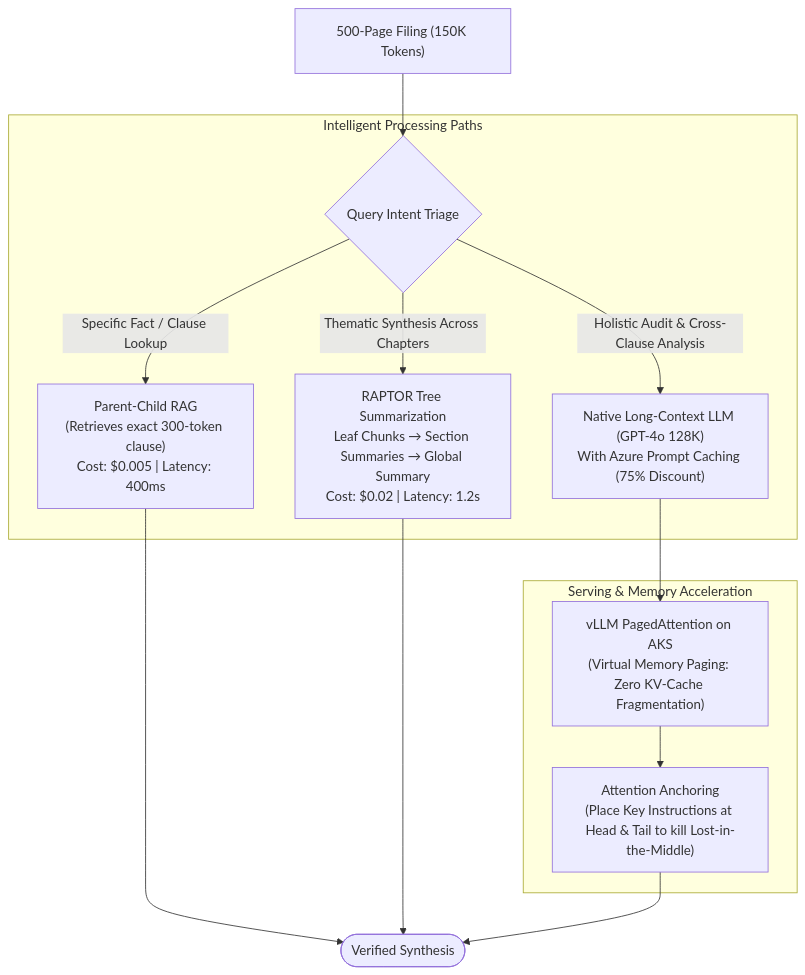
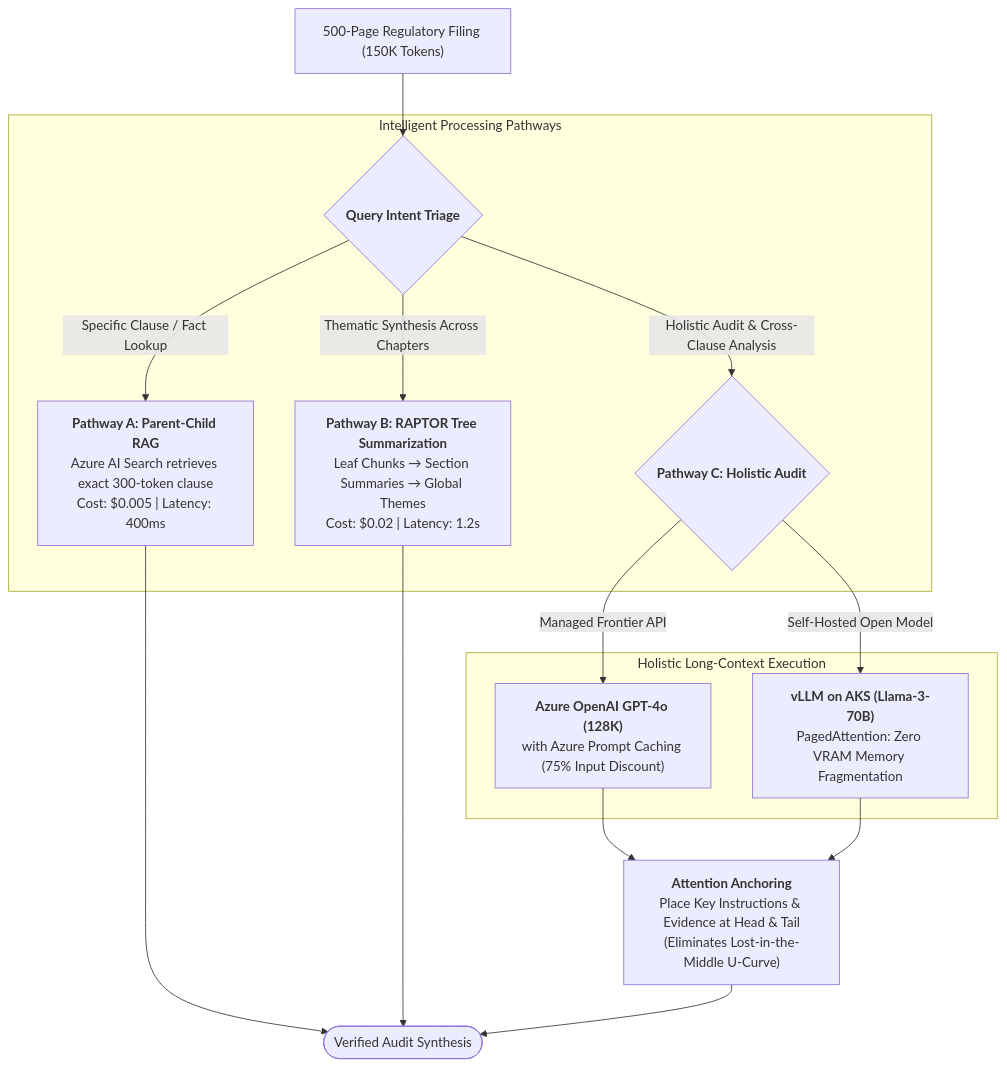
Before and after one commit to rahulkumarjha26/genai-study-materials: the seventh of 10 diagrams in README_V2.md, drawn with Mermaid. The commit also changed other lines of this file, not shown here.

Commit message:
Reboot README_V2.md with Teacher-First Framework, 1:1 Flowchart Alignment, Jargon Decoders, and Zero Repetition

````diff
--- a/README_V2.md
+++ b/README_V2.md
@@ -574,21 +660,24 @@
 ```mermaid
 flowchart TD
-    Doc["500-Page Filing (150K Tokens)"] --> Triage{"Query Intent Triage"}
+    Doc["500-Page Regulatory Filing (150K Tokens)"] --> Triage{"<b>Query Intent Triage</b>"}
     
-    subgraph PATHWAYS["Intelligent Processing Paths"]
-        Triage -- "Specific Fact / Clause Lookup" --> RAG["Parent-Child RAG<br/>(Retrieves exact 300-token clause)<br/>Cost: $0.005 | Latency: 400ms"]
+    subgraph PATHWAYS["Intelligent Processing Pathways"]
+        Triage -- "Specific Clause / Fact Lookup" --> RAG["<b>Pathway A: Parent-Child RAG</b><br/>Azure AI Search retrieves exact 300-token clause<br/>Cost: $0.005 | Latency: 400ms"]
         
-        Triage -- "Thematic Synthesis Across Chapters" --> RAPTOR["RAPTOR Tree Summarization<br/>Leaf Chunks → Section Summaries → Global Summary<br/>Cost: $0.02 | Latency: 1.2s"]
+        Triage -- "Thematic Synthesis Across Chapters" --> RAPTOR["<b>Pathway B: RAPTOR Tree Summarization</b><br/>Leaf Chunks → Section Summaries → Global Themes<br/>Cost: $0.02 | Latency: 1.2s"]
         
-        Triage -- "Holistic Audit & Cross-Clause Analysis" --> LongLLM["Native Long-Context LLM (GPT-4o 128K)<br/>With Azure Prompt Caching (75% Discount)"]
+        Triage -- "Holistic Audit & Cross-Clause Analysis" --> HolisticChoice{"<b>Pathway C: Holistic Audit</b>"}
     end
 
-    subgraph OPTIMIZATION["Serving & Memory Acceleration"]
-        LongLLM --> PagedAttn["vLLM PagedAttention on AKS<br/>(Virtual Memory Paging: Zero KV-Cache Fragmentation)"]
-        PagedAttn --> Anchoring["Attention Anchoring<br/>(Place Key Instructions at Head & Tail to kill Lost-in-the-Middle)"]
+    subgraph HOLISTIC_OPTIONS["Holistic Long-Context Execution"]
+        HolisticChoice -- "Managed Frontier API" --> PromptCache["<b>Azure OpenAI GPT-4o (128K)</b><br/>with Azure Prompt Caching (75% Input Discount)"]
+        HolisticChoice -- "Self-Hosted Open Model" --> PagedAttn["<b>vLLM on AKS (Llama-3-70B)</b><br/>PagedAttention: Zero VRAM Memory Fragmentation"]
     end
 
-    RAG --> Answer(["Verified Synthesis"])
+    PromptCache --> Anchoring["<b>Attention Anchoring</b><br/>Place Key Instructions & Evidence at Head & Tail<br/>(Eliminates Lost-in-the-Middle U-Curve)"]
+    PagedAttn --> Anchoring
+    
+    RAG --> Answer(["Verified Audit Synthesis"])
     RAPTOR --> Answer
     Anchoring --> Answer
 ```
````
